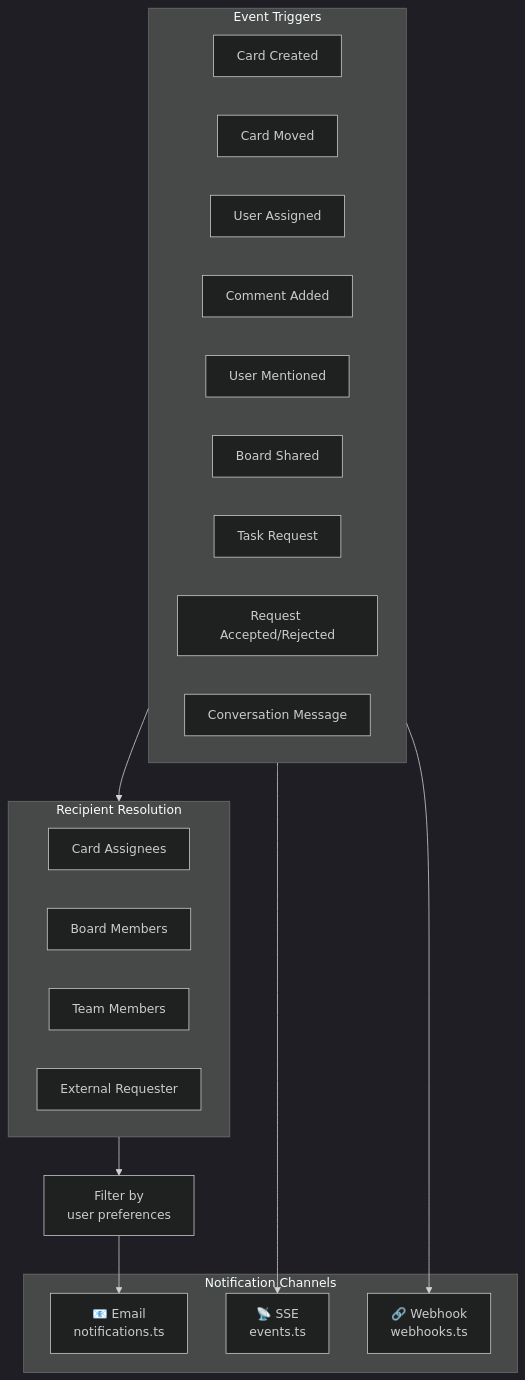
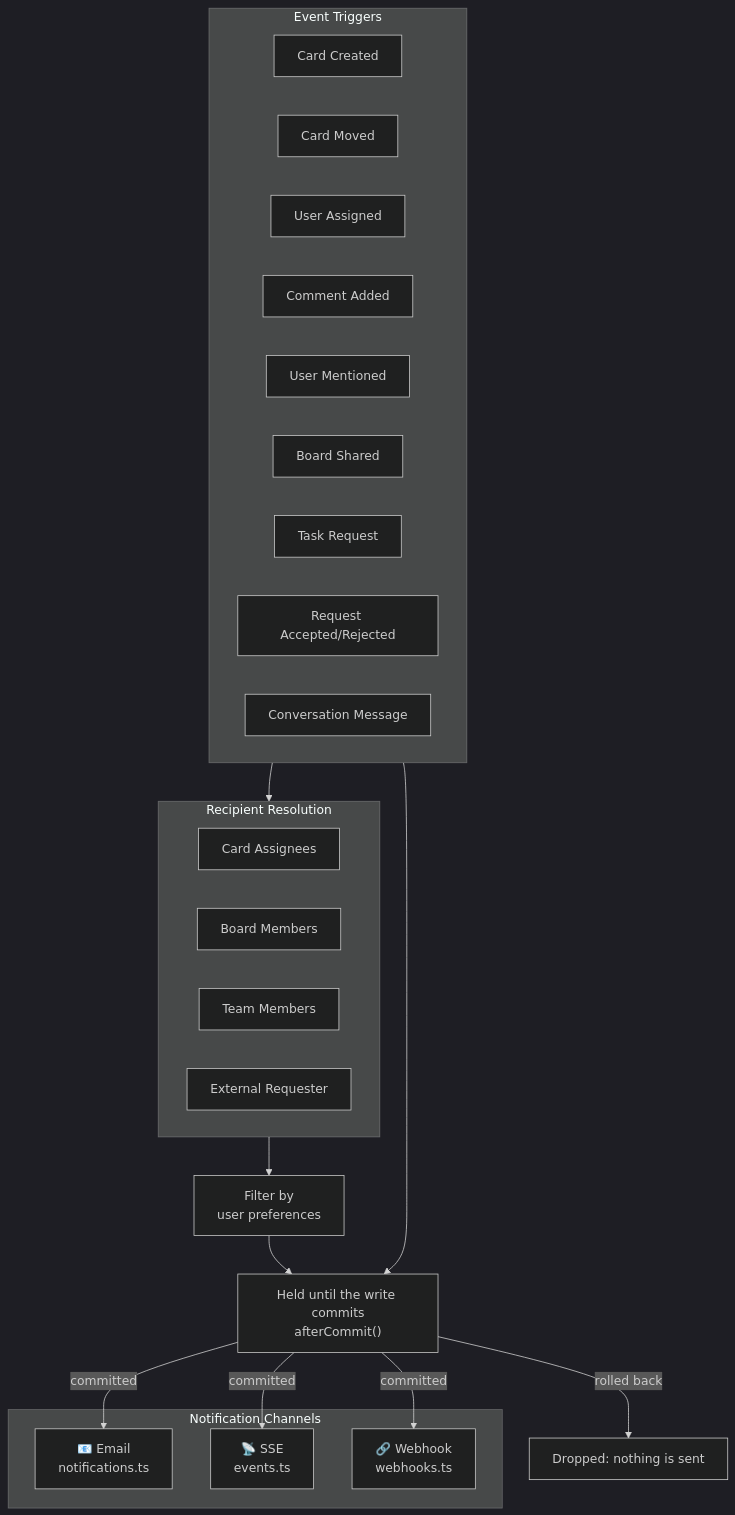
One commit to gitBoon/DumpFire changed the first of 12 diagrams in docs/notifications-email.md. Above: the diagram before and after it, drawn with Mermaid (dark theme). The commit also changed other lines of this file and 317 other files, not shown here.

````diff
--- a/docs/notifications-email.md
+++ b/docs/notifications-email.md
@@ -23,33 +25,36 @@
 ```mermaid
 flowchart TD
     subgraph Triggers["Event Triggers"]
         CardCreated["Card Created"]
         CardMoved["Card Moved"]
         CardAssigned["User Assigned"]
         CommentAdded["Comment Added"]
         Mentioned["User Mentioned"]
         BoardShared["Board Shared"]
         RequestSubmitted["Task Request"]
         RequestResolved["Request Accepted/Rejected"]
         RequestMessage["Conversation Message"]
     end
 
     subgraph Channels["Notification Channels"]
         Email["📧 Email\nnotifications.ts"]
         SSE["📡 SSE\nevents.ts"]
         Webhook["🔗 Webhook\nwebhooks.ts"]
     end
 
     subgraph Recipients["Recipient Resolution"]
         Assignees["Card Assignees"]
         BoardMembers["Board Members"]
         TeamMembers["Team Members"]
         Requester["External Requester"]
     end
 
     Triggers --> Recipients
     Recipients --> PrefCheck["Filter by\nuser preferences"]
-    PrefCheck --> Email
-    Triggers --> SSE
-    Triggers --> Webhook
+    PrefCheck --> Queue
+    Triggers --> Queue["Held until the write commits\nafterCommit()"]
+    Queue -->|"committed"| Email
+    Queue -->|"committed"| SSE
+    Queue -->|"committed"| Webhook
+    Queue -->|"rolled back"| Dropped["Dropped: nothing is sent"]
 ```
````
